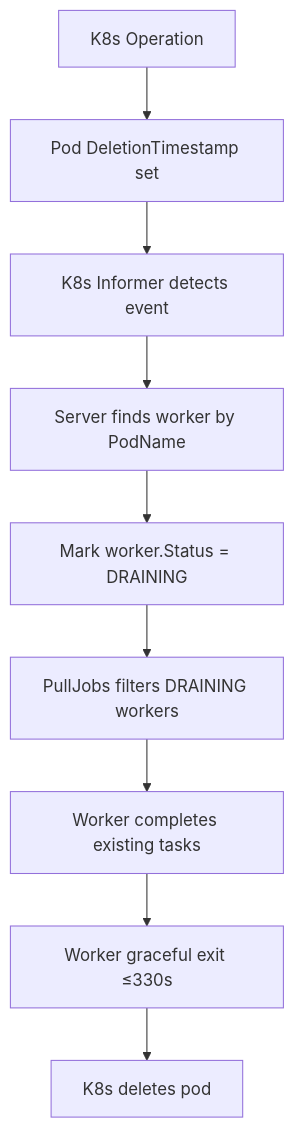
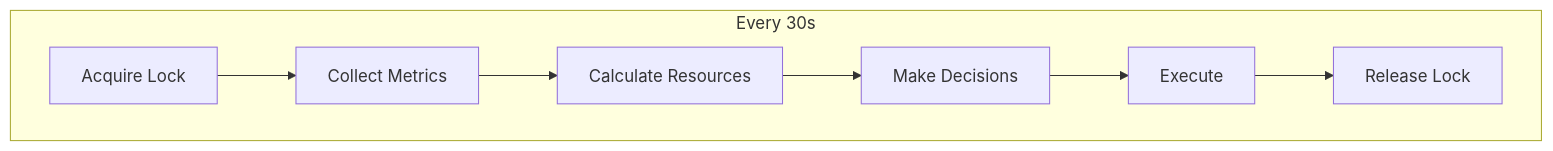
One commit to WaveSpeedAI/waverless changed the sixth of 8 diagrams in docs/DEVELOPER_GUIDE.md. Above: the diagram before and after it, drawn with Mermaid. The commit also changed other lines of this file and 98 other files, not shown here.

````diff
--- a/docs/DEVELOPER_GUIDE.md
+++ b/docs/DEVELOPER_GUIDE.md
@@ -408,11 +189,10 @@
 ```mermaid
-graph TD
-    A[K8s Operation] --> B[Pod DeletionTimestamp set]
-    B --> C[K8s Informer detects event]
-    C --> D[Server finds worker by PodName]
-    D --> E[Mark worker.Status = DRAINING]
-    E --> F[PullJobs filters DRAINING workers]
-    F --> G[Worker completes existing tasks]
-    G --> H[Worker graceful exit ≤330s]
-    H --> I[K8s deletes pod]
+flowchart TB
+    subgraph "Every 30s"
+        A[Acquire Lock] --> B[Collect Metrics]
+        B --> C[Calculate Resources]
+        C --> D[Make Decisions]
+        D --> E[Execute]
+        E --> F[Release Lock]
+    end
 ```
````
